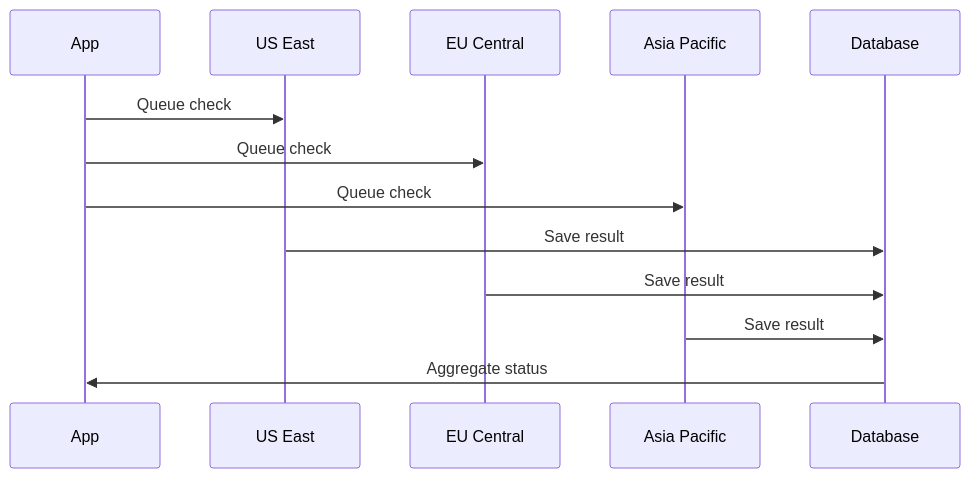
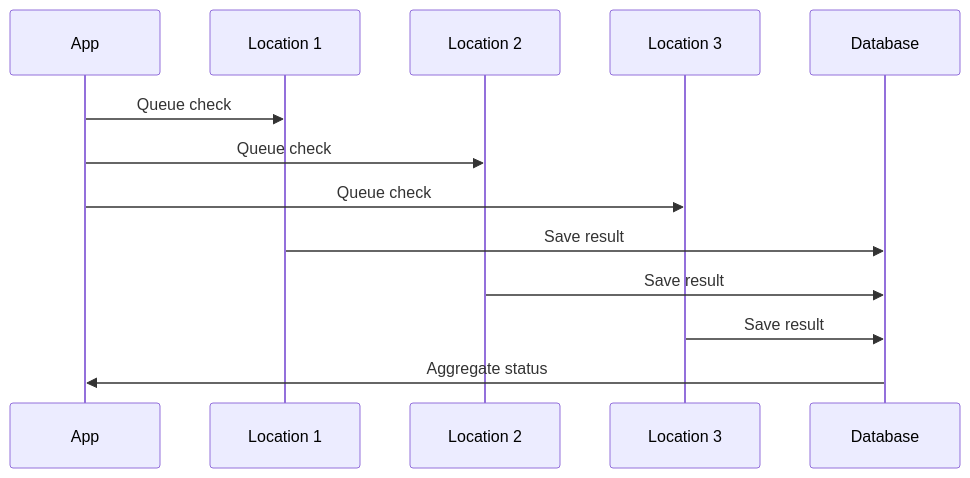
One commit to supercheck-io/supercheck changed the diagram in docs/content/docs/app/monitor.mdx. Above: the diagram before and after it, drawn with Mermaid. The commit also changed other lines of this file and 100 other files, not shown here.

````diff
--- a/docs/content/docs/app/monitor.mdx
+++ b/docs/content/docs/app/monitor.mdx
@@ -168,16 +174,16 @@
 ```mermaid
 sequenceDiagram
     participant App
-    participant US as US East
-    participant EU as EU Central
-    participant AP as Asia Pacific
+    participant L1 as Location 1
+    participant L2 as Location 2
+    participant L3 as Location 3
     participant DB as Database
 
-    App->>US: Queue check
-    App->>EU: Queue check
-    App->>AP: Queue check
-    US->>DB: Save result
-    EU->>DB: Save result
-    AP->>DB: Save result
+    App->>L1: Queue check
+    App->>L2: Queue check
+    App->>L3: Queue check
+    L1->>DB: Save result
+    L2->>DB: Save result
+    L3->>DB: Save result
     DB->>App: Aggregate status
 ```
````
